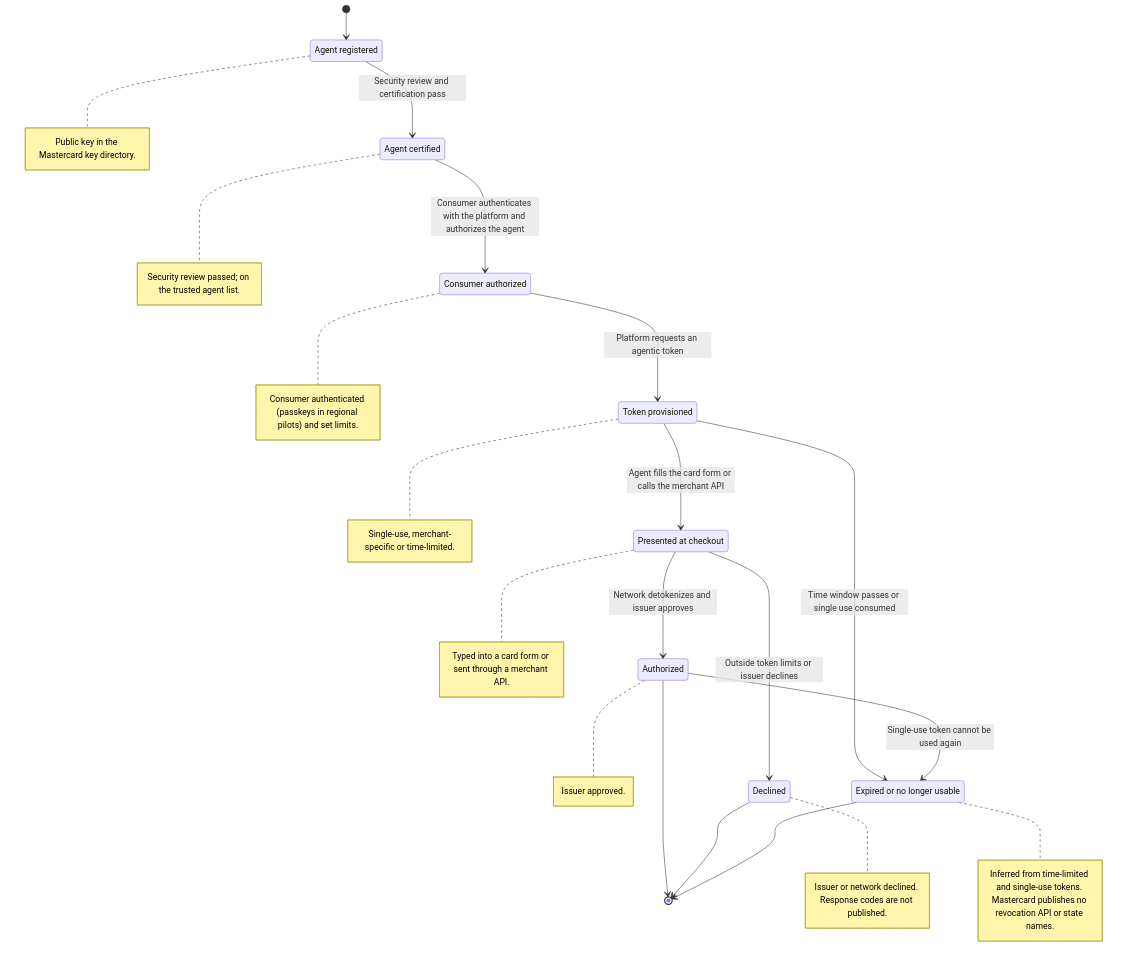
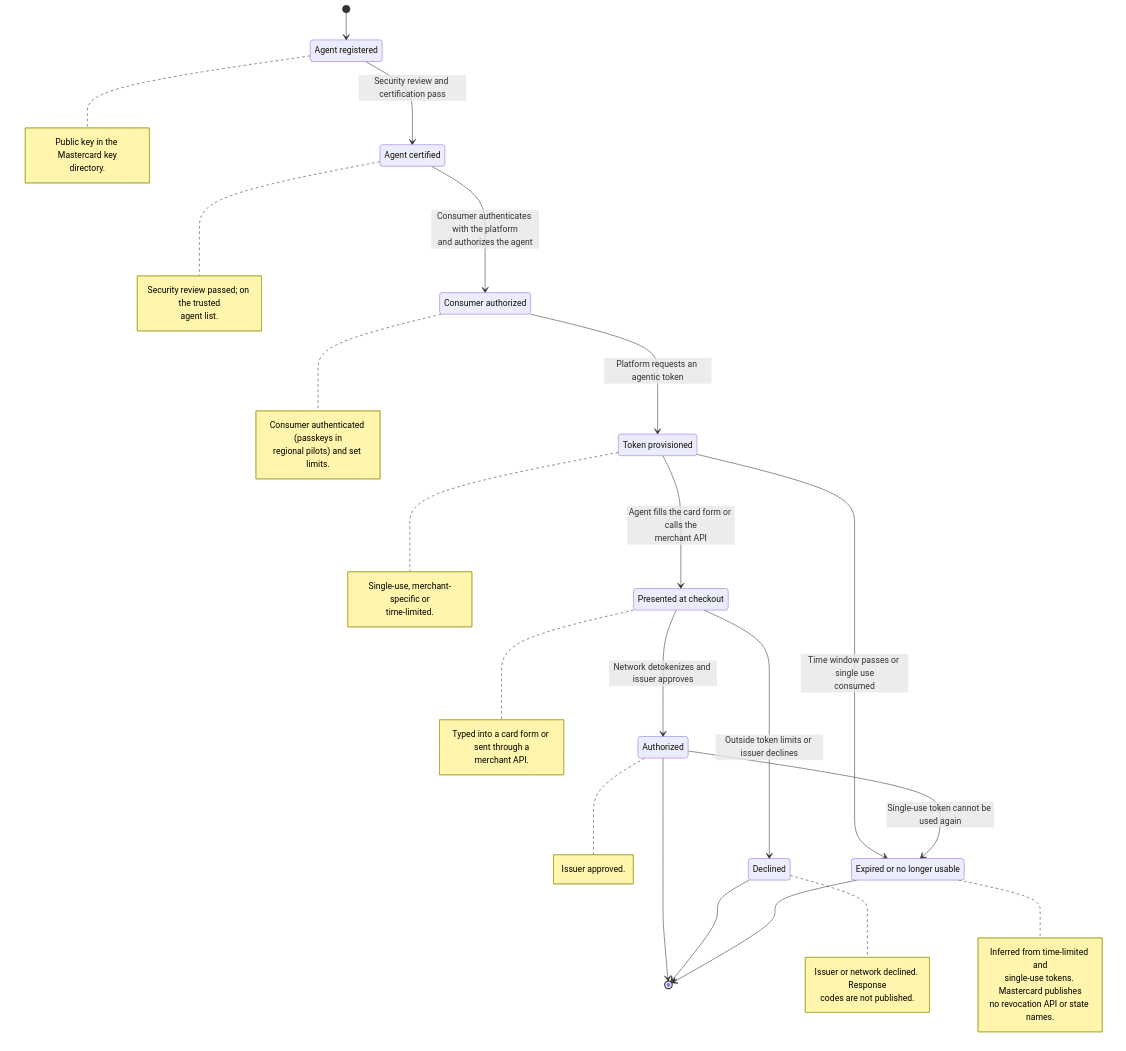
Before and after one commit to mercesAI/agentic-rails-atlas: the diagram in src/generated/mermaid/mastercard-agent-pay-token-lifecycle.mmd, drawn with Mermaid. The commit also changed 29 other files, not shown here.

Commit message:
fix(diagrams): wrap state labels and notes, top-to-bottom for large machines

```diff
--- a/src/generated/mermaid/mastercard-agent-pay-token-lifecycle.mmd
+++ b/src/generated/mermaid/mastercard-agent-pay-token-lifecycle.mmd
@@ -1,31 +1,32 @@
 stateDiagram-v2
+  direction TB
   accTitle: Agentic token lifecycle (as described, not a published state model)
   accDescr: State diagram: Agentic token lifecycle (as described, not a published state model). 8 states: Agent registered, Agent certified, Consumer authorized, Token provisioned, Presented at checkout, Authorized, Declined, and Expired or no longer usable. Starts in Agent registered. Ends in Authorized, Declined, and Expired or no longer usable. 8 transitions. From Agent registered to Agent certified when Security review and certification pass. From Agent certified to Consumer authorized when Consumer authenticates with the platform and authorizes the agent. From Consumer authorized to Token provisioned when Platform requests an agentic token (Not published). From Token provisioned to Presented at checkout when Agent fills the card form or calls the merchant API. From Presented at checkout to Authorized when Network detokenizes and issuer approves (Card authorization message). From Presented at checkout to Declined when Outside token limits or issuer declines (Card authorization message). From Token provisioned to Expired or no longer usable when Time window passes or single use consumed. From Authorized to Expired or no longer usable when Single-use token cannot be used again.
   state "Agent registered" as s_agent_registered
   state "Agent certified" as s_agent_certified
   state "Consumer authorized" as s_consumer_authorized
   state "Token provisioned" as s_token_provisioned
   state "Presented at checkout" as s_presented
   state "Authorized" as s_authorized
   state "Declined" as s_declined
   state "Expired or no longer usable" as s_expired_or_revoked
   [*] --> s_agent_registered
   s_agent_registered --> s_agent_certified : Security review and certification pass
-  s_agent_certified --> s_consumer_authorized : Consumer authenticates with the platform and authorizes the agent
+  s_agent_certified --> s_consumer_authorized : Consumer authenticates with the platform<br/>and authorizes the agent
   s_consumer_authorized --> s_token_provisioned : Platform requests an agentic token
-  s_token_provisioned --> s_presented : Agent fills the card form or calls the merchant API
+  s_token_provisioned --> s_presented : Agent fills the card form or calls the<br/>merchant API
   s_presented --> s_authorized : Network detokenizes and issuer approves
   s_presented --> s_declined : Outside token limits or issuer declines
-  s_token_provisioned --> s_expired_or_revoked : Time window passes or single use consumed
+  s_token_provisioned --> s_expired_or_revoked : Time window passes or single use<br/>consumed
   s_authorized --> s_expired_or_revoked : Single-use token cannot be used again
   s_authorized --> [*]
   s_declined --> [*]
   s_expired_or_revoked --> [*]
-  note right of s_agent_registered : Public key in the Mastercard key directory.
-  note right of s_agent_certified : Security review passed#59; on the trusted agent list.
-  note right of s_consumer_authorized : Consumer authenticated (passkeys in regional pilots) and set limits.
-  note right of s_token_provisioned : Single-use, merchant-specific or time-limited.
-  note right of s_presented : Typed into a card form or sent through a merchant API.
+  note right of s_agent_registered : Public key in the Mastercard key<br/>directory.
+  note right of s_agent_certified : Security review passed#59; on the trusted<br/>agent list.
+  note right of s_consumer_authorized : Consumer authenticated (passkeys in<br/>regional pilots) and set limits.
+  note right of s_token_provisioned : Single-use, merchant-specific or<br/>time-limited.
+  note right of s_presented : Typed into a card form or sent through a<br/>merchant API.
   note right of s_authorized : Issuer approved.
-  note right of s_declined : Issuer or network declined. Response codes are not published.
-  note right of s_expired_or_revoked : Inferred from time-limited and single-use tokens. Mastercard publishes no revocation API or state names.
+  note right of s_declined : Issuer or network declined. Response<br/>codes are not published.
+  note right of s_expired_or_revoked : Inferred from time-limited and<br/>single-use tokens. Mastercard publishes<br/>no revocation API or state names.
```
